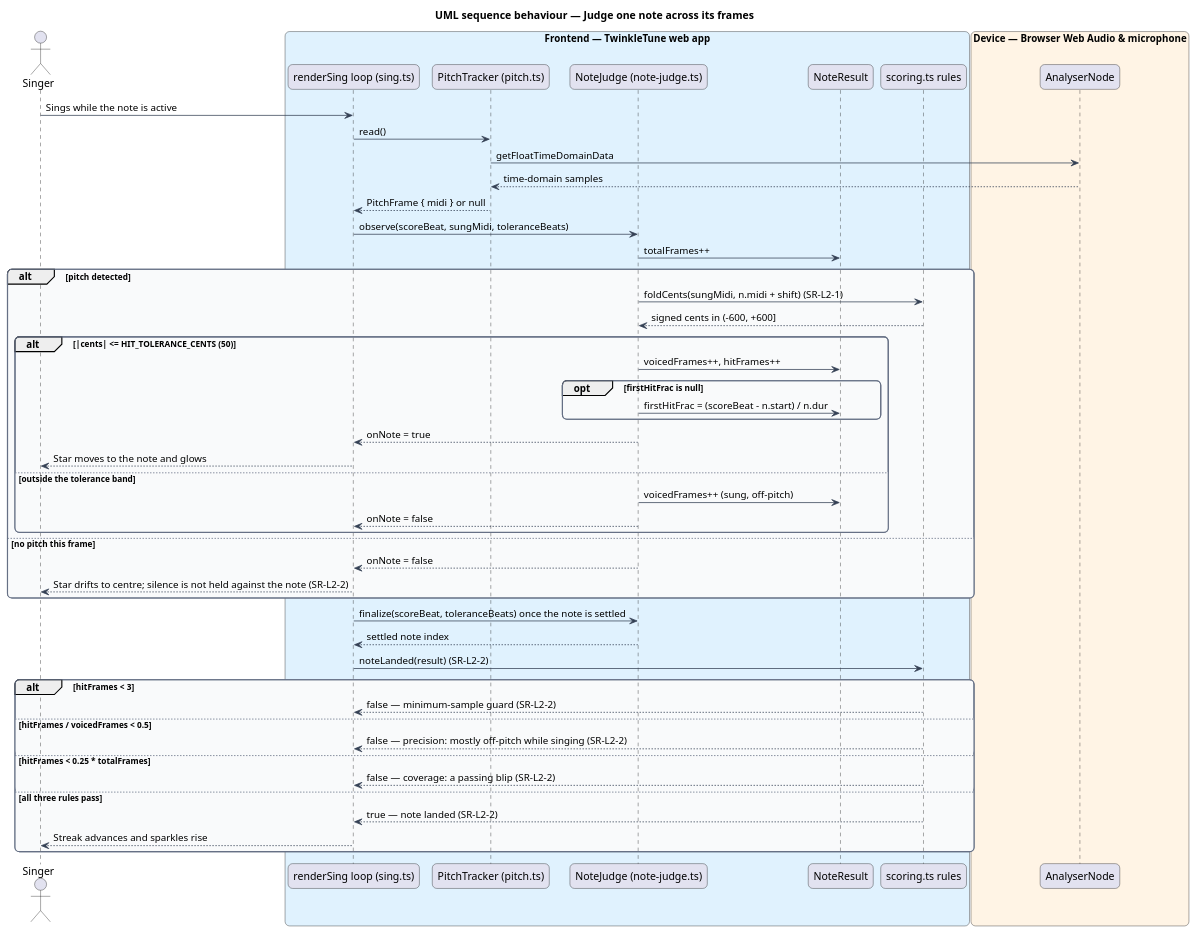
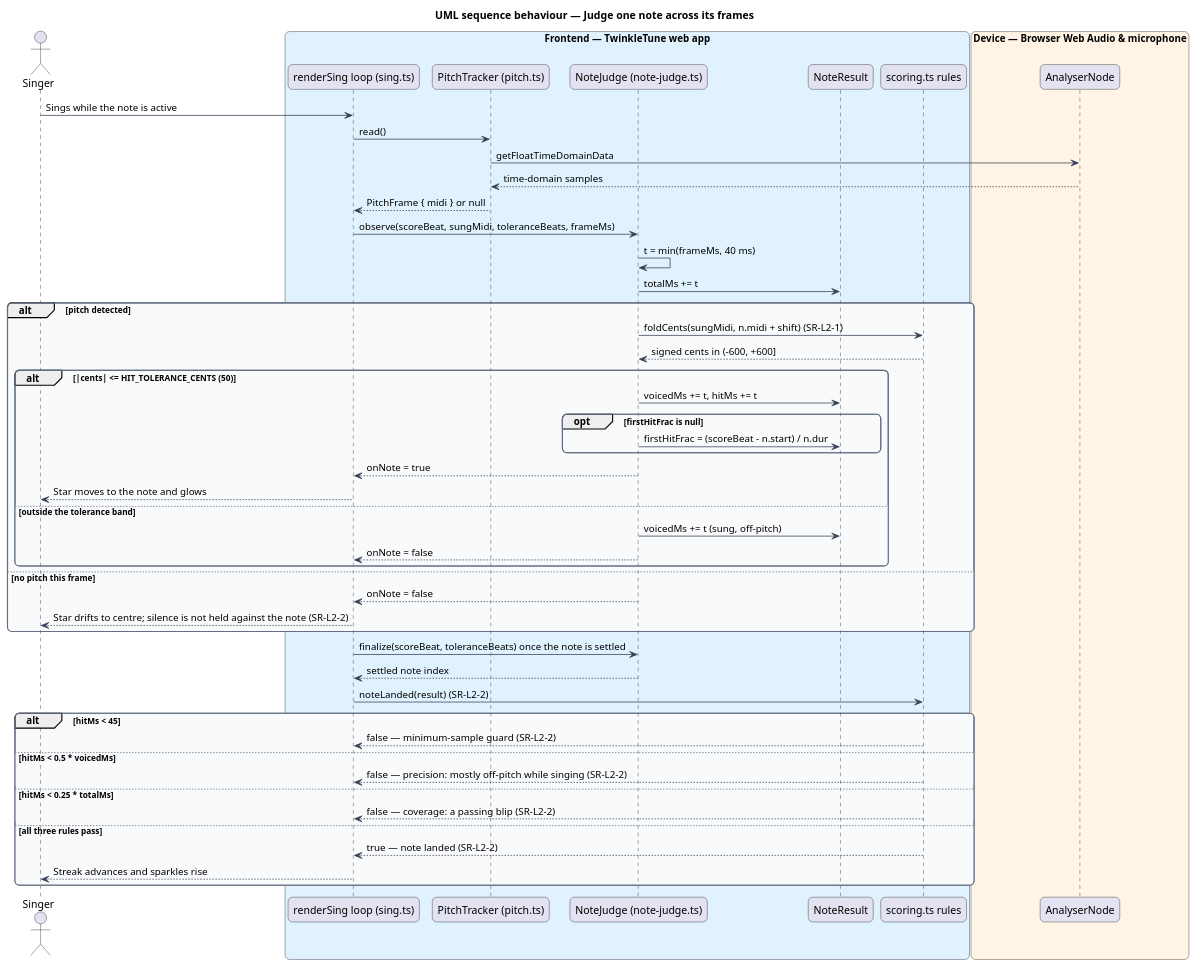
The diagram in docs/detailed-designs/scoring-and-results/judge-landed-notes/diagrams/sequence-judge-one-note.puml (QuinntyneBrown/TwinkleTune), drawn with PlantUML before and after one commit. The commit also changed 31 other files, not shown here.

```diff
--- a/docs/detailed-designs/scoring-and-results/judge-landed-notes/diagrams/sequence-judge-one-note.puml
+++ b/docs/detailed-designs/scoring-and-results/judge-landed-notes/diagrams/sequence-judge-one-note.puml
@@ -1,69 +1,70 @@
 @startuml
 title UML sequence behaviour — Judge one note across its frames
 skinparam backgroundColor #FFFFFF
 skinparam shadowing false
 skinparam roundcorner 12
 skinparam defaultFontName Arial
 skinparam ArrowColor #344054
 skinparam rectangle {
   BorderColor #344054
   FontColor #101828
 }
 skinparam package {
   BorderColor #667085
   FontColor #101828
   BackgroundColor #F9FAFB
 }
 actor "Singer" as singer
 box "Frontend — TwinkleTune web app" #E0F2FE
   participant "renderSing loop (sing.ts)" as loop
   participant "PitchTracker (pitch.ts)" as tracker
   participant "NoteJudge (note-judge.ts)" as judge
   participant "NoteResult" as result
   participant "scoring.ts rules" as rules
 end box
 box "Device — Browser Web Audio & microphone" #FFF4E5
   participant "AnalyserNode" as mic
 end box
 
 singer -> loop : Sings while the note is active
 loop -> tracker : read()
 tracker -> mic : getFloatTimeDomainData
 mic --> tracker : time-domain samples
 tracker --> loop : PitchFrame { midi } or null
 
-loop -> judge : observe(scoreBeat, sungMidi, toleranceBeats)
-judge -> result : totalFrames++
+loop -> judge : observe(scoreBeat, sungMidi, toleranceBeats, frameMs)
+judge -> judge : t = min(frameMs, 40 ms)
+judge -> result : totalMs += t
 alt pitch detected
   judge -> rules : foldCents(sungMidi, n.midi + shift) (SR-L2-1)
   rules --> judge : signed cents in (-600, +600]
   alt |cents| <= HIT_TOLERANCE_CENTS (50)
-    judge -> result : voicedFrames++, hitFrames++
+    judge -> result : voicedMs += t, hitMs += t
     opt firstHitFrac is null
       judge -> result : firstHitFrac = (scoreBeat - n.start) / n.dur
     end
     judge --> loop : onNote = true
     loop --> singer : Star moves to the note and glows
   else outside the tolerance band
-    judge -> result : voicedFrames++ (sung, off-pitch)
+    judge -> result : voicedMs += t (sung, off-pitch)
     judge --> loop : onNote = false
   end
 else no pitch this frame
   judge --> loop : onNote = false
   loop --> singer : Star drifts to centre; silence is not held against the note (SR-L2-2)
 end
 
 loop -> judge : finalize(scoreBeat, toleranceBeats) once the note is settled
 judge --> loop : settled note index
 loop -> rules : noteLanded(result) (SR-L2-2)
-alt hitFrames < 3
+alt hitMs < 45
   rules --> loop : false — minimum-sample guard (SR-L2-2)
-else hitFrames / voicedFrames < 0.5
+else hitMs < 0.5 * voicedMs
   rules --> loop : false — precision: mostly off-pitch while singing (SR-L2-2)
-else hitFrames < 0.25 * totalFrames
+else hitMs < 0.25 * totalMs
   rules --> loop : false — coverage: a passing blip (SR-L2-2)
 else all three rules pass
   rules --> loop : true — note landed (SR-L2-2)
   loop --> singer : Streak advances and sparkles rise
 end
 @enduml
```
